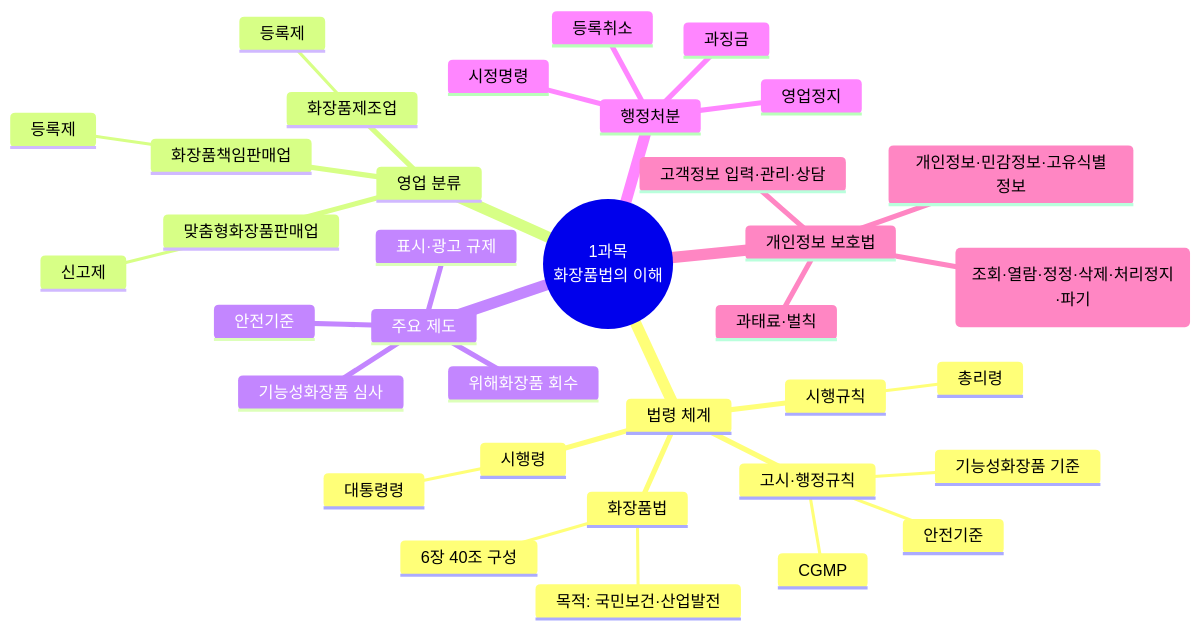
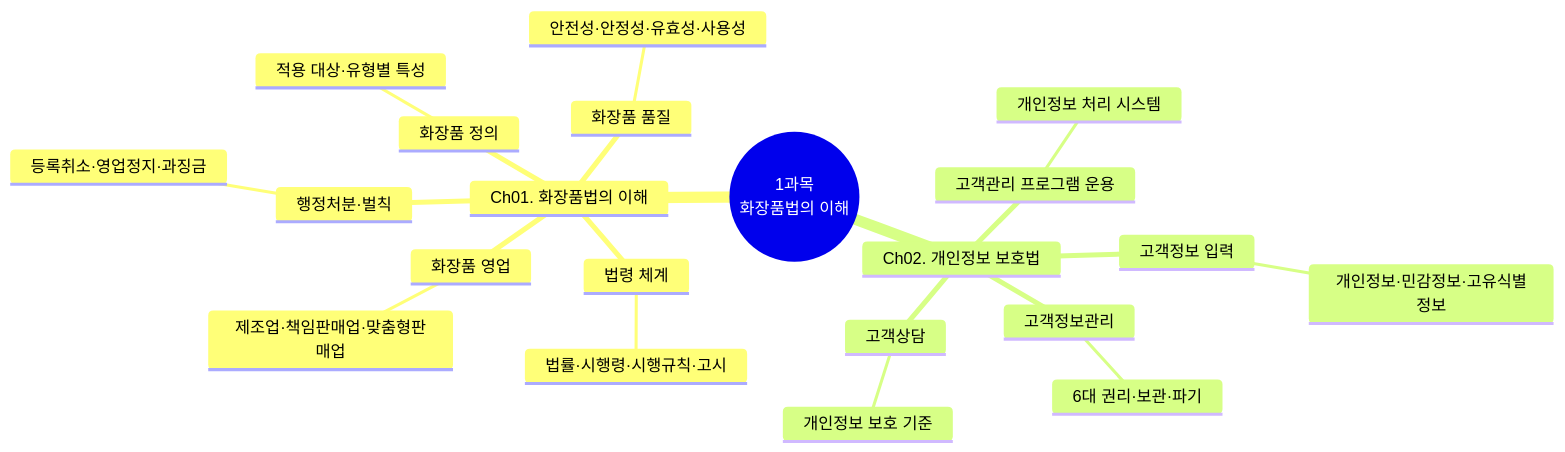
The first of 10 diagrams in content/교재/law/1과목_화장품법의이해_이야기형.md (skygoldlee-cyber/Personalized_Skincare), drawn with Mermaid before and after one commit. The commit also changed other lines of this file and 14 other files, not shown here.

````diff
--- a/content/교재/law/1과목_화장품법의이해_이야기형.md
+++ b/content/교재/law/1과목_화장품법의이해_이야기형.md
@@ -204,38 +204,24 @@
 ```mermaid
 mindmap
   root((1과목<br/>화장품법의 이해))
-    법령 체계
-      화장품법
-        목적: 국민보건·산업발전
-        6장 40조 구성
-      시행령
-        대통령령
-      시행규칙
-        총리령
-      고시·행정규칙
-        기능성화장품 기준
-        CGMP
-        안전기준
-    영업 분류
-      화장품제조업
-        등록제
-      화장품책임판매업
-        등록제
-      맞춤형화장품판매업
-        신고제
-    주요 제도
-      기능성화장품 심사
-      안전기준
-      위해화장품 회수
-      표시·광고 규제
-    행정처분
-      등록취소
-      영업정지
-      과징금
-      시정명령
-    개인정보 보호법
-      개인정보·민감정보·고유식별정보
-      6대 권리(조회·열람·정정·삭제·처리정지·파기)
-      고객정보 입력·관리·상담
-      과태료·벌칙
+    Ch01. 화장품법의 이해
+      법령 체계
+        법률·시행령·시행규칙·고시
+      화장품 정의
+        적용 대상·유형별 특성
+      화장품 영업
+        제조업·책임판매업·맞춤형판매업
+      행정처분·벌칙
+        등록취소·영업정지·과징금
+      화장품 품질
+        안전성·안정성·유효성·사용성
+    Ch02. 개인정보 보호법
+      고객관리 프로그램 운용
+        개인정보 처리 시스템
+      고객정보 입력
+        개인정보·민감정보·고유식별정보
+      고객정보관리
+        6대 권리·보관·파기
+      고객상담
+        개인정보 보호 기준
 ```
````
